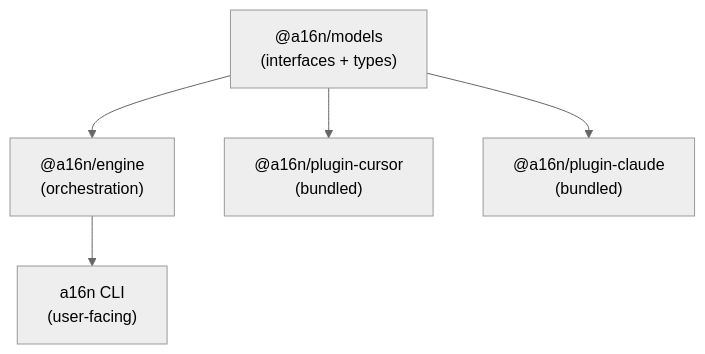
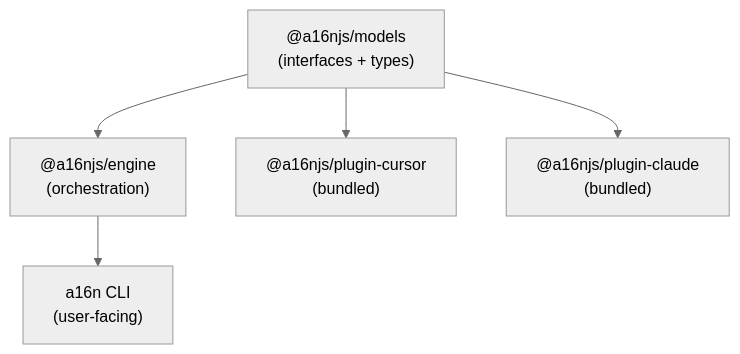
One commit to Texarkanine/a16n changed the diagram in planning/TECH_BRIEF.md. Above: the diagram before and after it, drawn with Mermaid (neutral theme). The commit also changed other lines of this file and 50 other files, not shown here.

````diff
--- a/planning/TECH_BRIEF.md
+++ b/planning/TECH_BRIEF.md
@@ -50,13 +50,13 @@
 ```mermaid
 flowchart TD
-    models["@a16n/models<br/>(interfaces + types)"]
-    engine["@a16n/engine<br/>(orchestration)"]
-    cursor["@a16n/plugin-cursor<br/>(bundled)"]
-    claude["@a16n/plugin-claude<br/>(bundled)"]
+    models["@a16njs/models<br/>(interfaces + types)"]
+    engine["@a16njs/engine<br/>(orchestration)"]
+    cursor["@a16njs/plugin-cursor<br/>(bundled)"]
+    claude["@a16njs/plugin-claude<br/>(bundled)"]
     cli["a16n CLI<br/>(user-facing)"]
 
     models --> engine
     models --> cursor
     models --> claude
     engine --> cli
 ```
````
